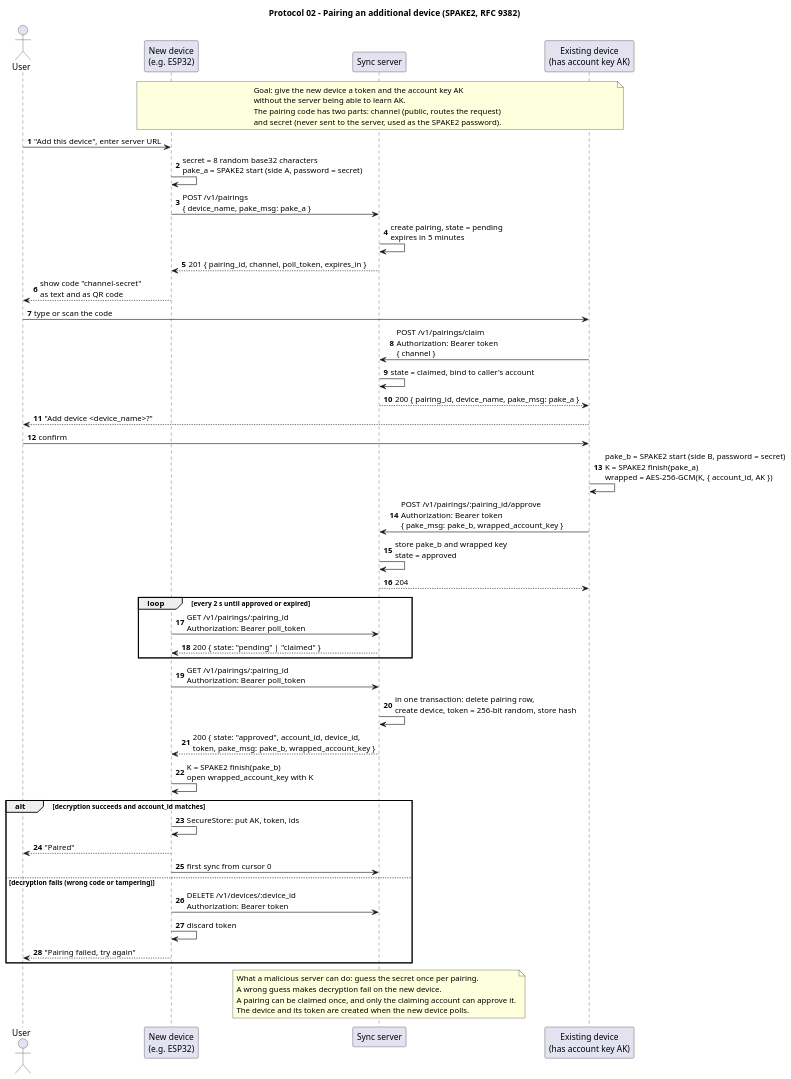
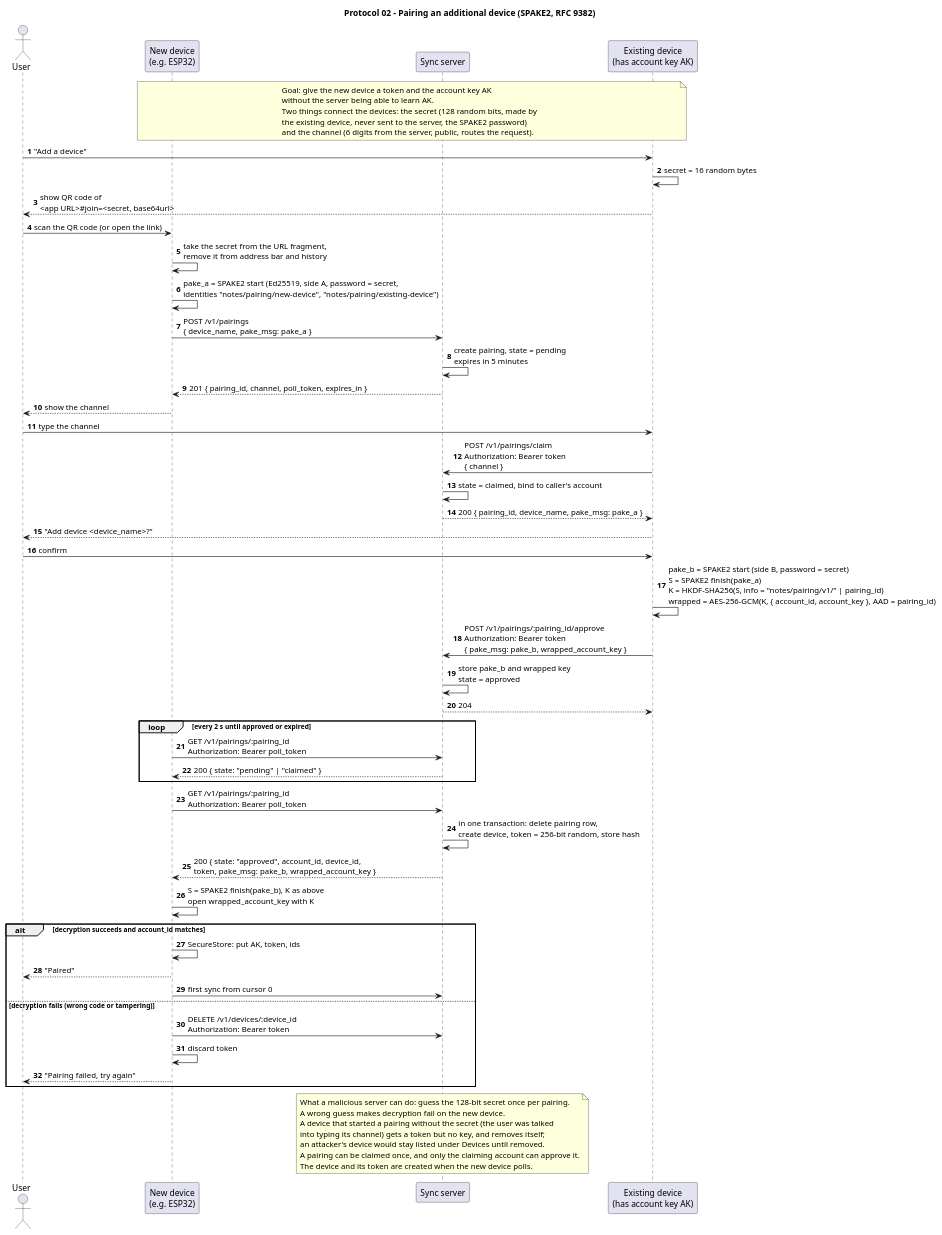
Before and after one commit to SetZero/notes-app: the diagram in design/protocol/02-device-pairing.puml, drawn with PlantUML. The commit also changed 25 other files, not shown here.

First line of the commit message:
Add a device by scanning a QR code on one that has the account

```diff
--- a/design/protocol/02-device-pairing.puml
+++ b/design/protocol/02-device-pairing.puml
@@ -1,68 +1,76 @@
 @startuml 02-device-pairing
 title Protocol 02 - Pairing an additional device (SPAKE2, RFC 9382)
 
 skinparam shadowing false
 skinparam defaultFontName sans-serif
 autonumber
 
 actor "User" as user
 participant "New device\n(e.g. ESP32)" as new
 participant "Sync server" as srv
 participant "Existing device\n(has account key AK)" as old
 
 note over new, old
   Goal: give the new device a token and the account key AK
   without the server being able to learn AK.
-  The pairing code has two parts: channel (public, routes the request)
-  and secret (never sent to the server, used as the SPAKE2 password).
+  Two things connect the devices: the secret (128 random bits, made by
+  the existing device, never sent to the server, the SPAKE2 password)
+  and the channel (6 digits from the server, public, routes the request).
 end note
 
-user -> new : "Add this device", enter server URL
-new -> new : secret = 8 random base32 characters\npake_a = SPAKE2 start (side A, password = secret)
+user -> old : "Add a device"
+old -> old : secret = 16 random bytes
+old --> user : show QR code of\n<app URL>#join=<secret, base64url>
+user -> new : scan the QR code (or open the link)
+new -> new : take the secret from the URL fragment,\nremove it from address bar and history
+new -> new : pake_a = SPAKE2 start (Ed25519, side A, password = secret,\nidentities "notes/pairing/new-device", "notes/pairing/existing-device")
 new -> srv : POST /v1/pairings\n{ device_name, pake_msg: pake_a }
 srv -> srv : create pairing, state = pending\nexpires in 5 minutes
 srv --> new : 201 { pairing_id, channel, poll_token, expires_in }
-new --> user : show code "channel-secret"\nas text and as QR code
+new --> user : show the channel
 
-user -> old : type or scan the code
+user -> old : type the channel
 old -> srv : POST /v1/pairings/claim\nAuthorization: Bearer token\n{ channel }
 srv -> srv : state = claimed, bind to caller's account
 srv --> old : 200 { pairing_id, device_name, pake_msg: pake_a }
 
 old --> user : "Add device <device_name>?"
 user -> old : confirm
 
-old -> old : pake_b = SPAKE2 start (side B, password = secret)\nK = SPAKE2 finish(pake_a)\nwrapped = AES-256-GCM(K, { account_id, AK })
+old -> old : pake_b = SPAKE2 start (side B, password = secret)\nS = SPAKE2 finish(pake_a)\nK = HKDF-SHA256(S, info = "notes/pairing/v1/" | pairing_id)\nwrapped = AES-256-GCM(K, { account_id, account_key }, AAD = pairing_id)
 old -> srv : POST /v1/pairings/:pairing_id/approve\nAuthorization: Bearer token\n{ pake_msg: pake_b, wrapped_account_key }
 srv -> srv : store pake_b and wrapped key\nstate = approved
 srv --> old : 204
 
 loop every 2 s until approved or expired
   new -> srv : GET /v1/pairings/:pairing_id\nAuthorization: Bearer poll_token
   srv --> new : 200 { state: "pending" | "claimed" }
 end
 
 new -> srv : GET /v1/pairings/:pairing_id\nAuthorization: Bearer poll_token
 srv -> srv : in one transaction: delete pairing row,\ncreate device, token = 256-bit random, store hash
 srv --> new : 200 { state: "approved", account_id, device_id,\ntoken, pake_msg: pake_b, wrapped_account_key }
 
-new -> new : K = SPAKE2 finish(pake_b)\nopen wrapped_account_key with K
+new -> new : S = SPAKE2 finish(pake_b), K as above\nopen wrapped_account_key with K
 
 alt decryption succeeds and account_id matches
   new -> new : SecureStore: put AK, token, ids
   new --> user : "Paired"
   new -> srv : first sync from cursor 0
 else decryption fails (wrong code or tampering)
   new -> srv : DELETE /v1/devices/:device_id\nAuthorization: Bearer token
   new -> new : discard token
   new --> user : "Pairing failed, try again"
 end
 
 note over srv
-  What a malicious server can do: guess the secret once per pairing.
+  What a malicious server can do: guess the 128-bit secret once per pairing.
   A wrong guess makes decryption fail on the new device.
+  A device that started a pairing without the secret (the user was talked
+  into typing its channel) gets a token but no key, and removes itself;
+  an attacker's device would stay listed under Devices until removed.
   A pairing can be claimed once, and only the claiming account can approve it.
   The device and its token are created when the new device polls.
 end note
 
 @enduml
```
